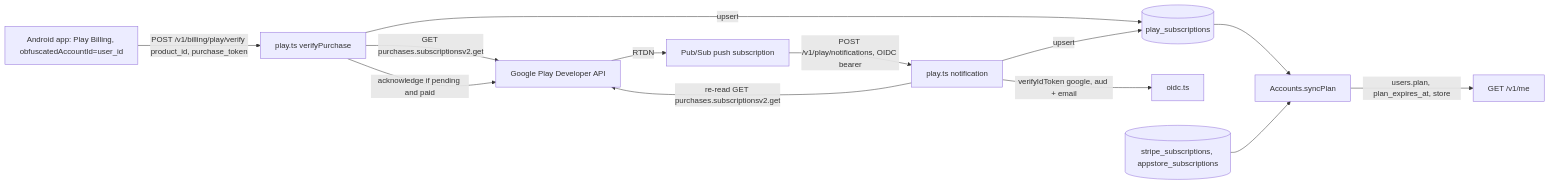
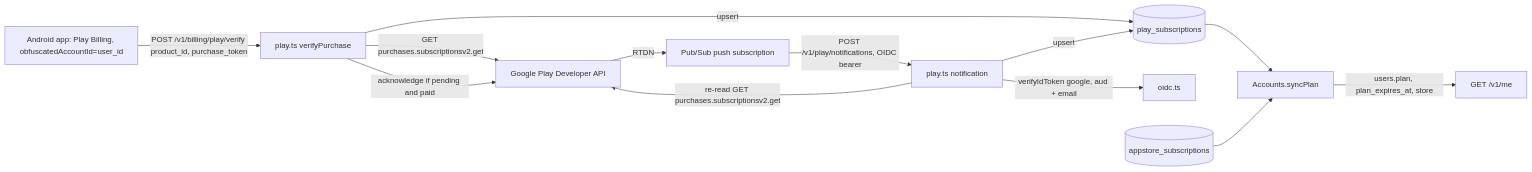
The diagram in docs/billing-play.md (kitepon/approval-box), drawn with Mermaid before and after one commit. The commit also changed other lines of this file and 33 other files, not shown here.

````diff
--- a/docs/billing-play.md
+++ b/docs/billing-play.md
@@ -18,15 +18,15 @@
 ```mermaid
 flowchart LR
   APP[Android app: Play Billing, obfuscatedAccountId=user_id] -->|POST /v1/billing/play/verify product_id, purchase_token| V[play.ts verifyPurchase]
   V -->|GET purchases.subscriptionsv2.get| G[Google Play Developer API]
   V -->|acknowledge if pending and paid| G
   V -->|upsert| T[(play_subscriptions)]
   G -->|RTDN| PS[Pub/Sub push subscription]
   PS -->|POST /v1/play/notifications, OIDC bearer| N[play.ts notification]
   N -->|verifyIdToken google, aud + email| OIDC[oidc.ts]
   N -->|re-read GET purchases.subscriptionsv2.get| G
   N -->|upsert| T
   T --> P[Accounts.syncPlan]
-  T2[(stripe_subscriptions, appstore_subscriptions)] --> P
+  T2[(appstore_subscriptions)] --> P
   P -->|users.plan, plan_expires_at, store| ME[GET /v1/me]
 ```
````
